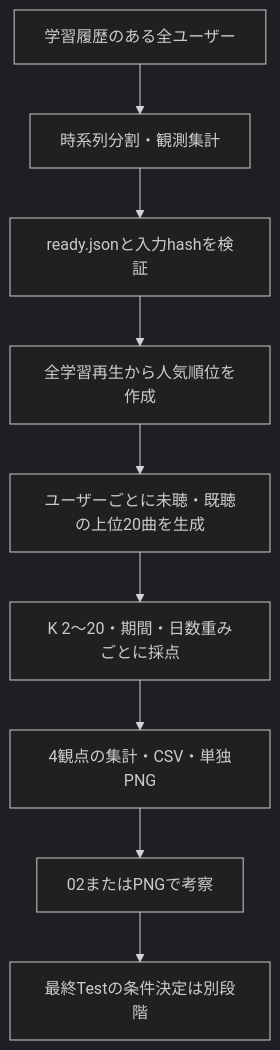
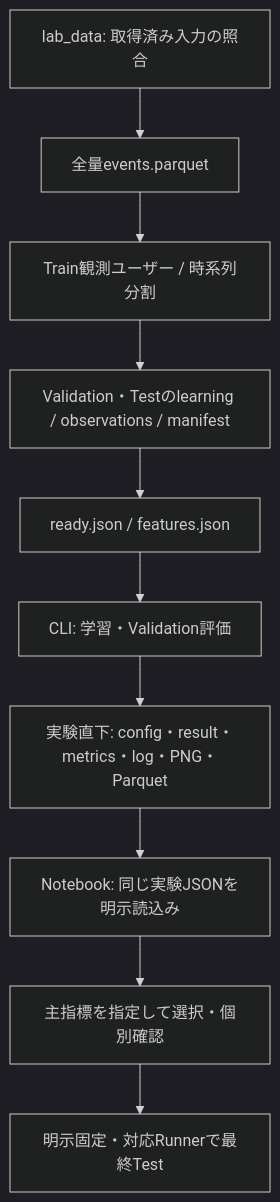
One commit to 97kuek/music-recsys changed the diagram in docs/experiment-workflow.md. Above: the diagram before and after it, drawn with Mermaid (dark theme). The commit also changed other lines of this file and 21 other files, not shown here.

````diff
--- a/docs/experiment-workflow.md
+++ b/docs/experiment-workflow.md
@@ -5,11 +30,12 @@
 ```mermaid
 flowchart TD
-    A[学習履歴のある全ユーザー] --> B[時系列分割・観測集計]
-    B --> C[ready.jsonと入力hashを検証]
-    C --> D[全学習再生から人気順位を作成]
-    D --> E[ユーザーごとに未聴・既聴の上位20曲を生成]
-    E --> F[K 2〜20・期間・日数重みごとに採点]
-    F --> G[4観点の集計・CSV・単独PNG]
-    G --> H[02またはPNGで考察]
-    H --> I[最終Testの条件決定は別段階]
+    A[lab_data: 取得済み入力の照合] --> B[全量events.parquet]
+    B --> C[Train観測ユーザー / 時系列分割]
+    C --> D[Validation・Testのlearning / observations / manifest]
+    D --> E[ready.json / features.json]
+    E --> F[CLI: 学習・Validation評価]
+    F --> G[実験直下: config・result・metrics・log・PNG・Parquet]
+    G --> N[Notebook: 同じ実験JSONを明示読込み]
+    N --> S[主指標を指定して選択・個別確認]
+    S --> X[明示固定・対応Runnerで最終Test]
 ```
````
